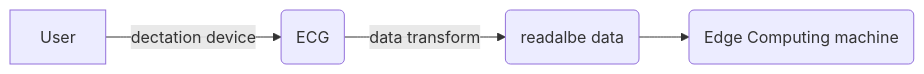
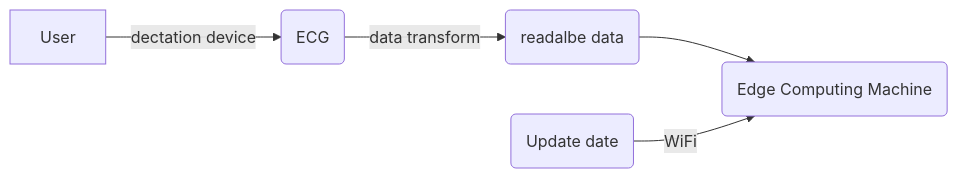
The diagram in README.md (brian10420/ECP_data_analyse), drawn with Mermaid before and after one commit.

````diff
--- a/README.md
+++ b/README.md
@@ -5,5 +5,7 @@
 ```mermaid
 flowchart LR
     U[User]-- dectation device--> Es(ECG)--data transform
-    -->RD(readalbe data) -->ECM(Edge Computing machine)
+    -->RD(readalbe data) -->ECM(Edge Computing Machine)
+
+    UDD(Update date) -- WiFi -->ECM
 ```
````
